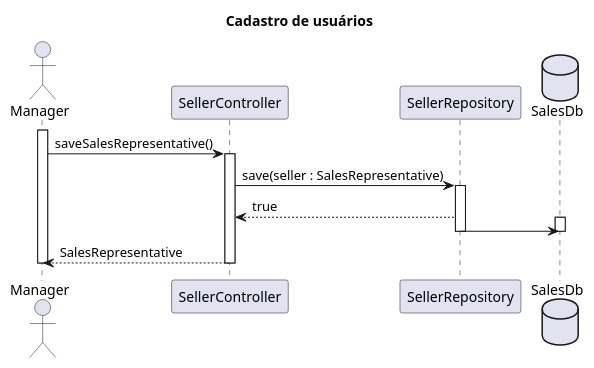
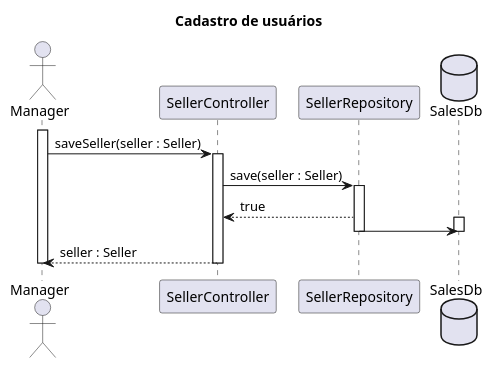
The diagram in docs/sales_representative_sequence_diagram.wsd (renatabrasil/ninja-fabric-sail), drawn with PlantUML before and after one commit. The commit also changed 5 other files, not shown here.

Commit message:
Adicao dos diagramas do modelo

```diff
--- a/docs/sales_representative_sequence_diagram.wsd
+++ b/docs/sales_representative_sequence_diagram.wsd
@@ -1,39 +1,39 @@
 @startuml
 
 title Cadastro de usuários
 
 actor Manager
 participant SellerController
 participant SellerRepository
 database SalesDb
 
 activate Manager
 
-Manager -> SellerController : saveSalesRepresentative()
+Manager -> SellerController : saveSeller(seller : Seller)
 
     activate SellerController
 
-    SellerController -> SellerRepository : save(seller : SalesRepresentative)
+    SellerController -> SellerRepository : save(seller : Seller)
 
         activate SellerRepository
 
         SellerRepository --> SellerController : true
 
             activate SalesDb
 
             SellerRepository -> SalesDb
 
             deactivate SalesDb
 
         deactivate SellerRepository
 
-    SellerController --> Manager : SalesRepresentative
+    SellerController --> Manager : seller : Seller
 
     deactivate SellerController
 
 
 
 
 deactivate Manager
 
 @enduml
```
